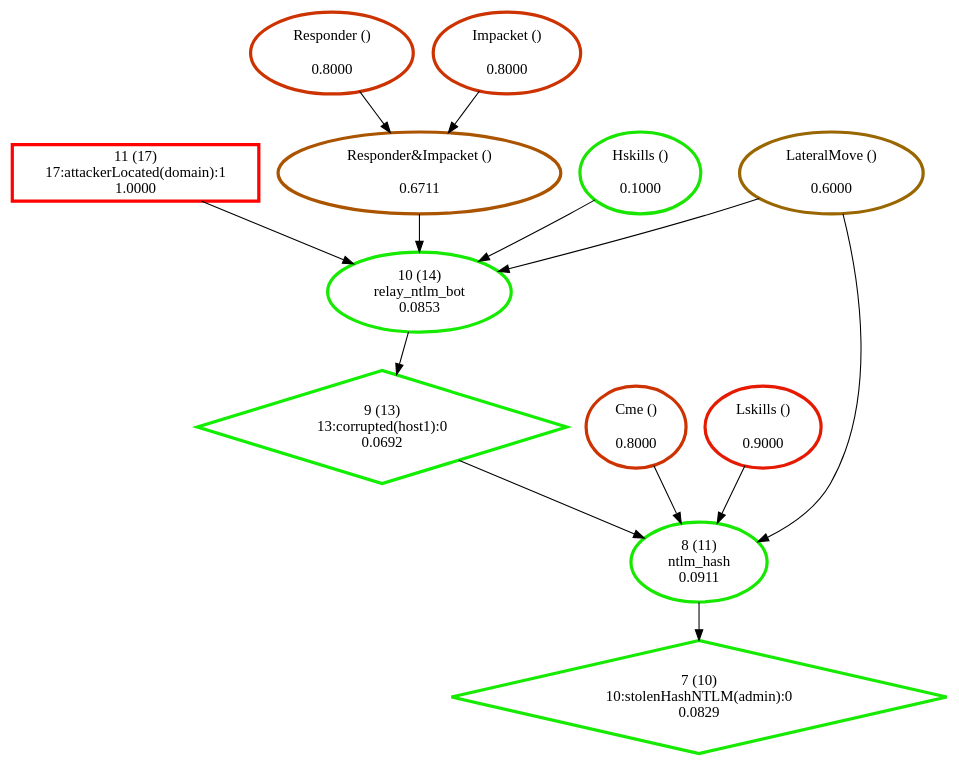
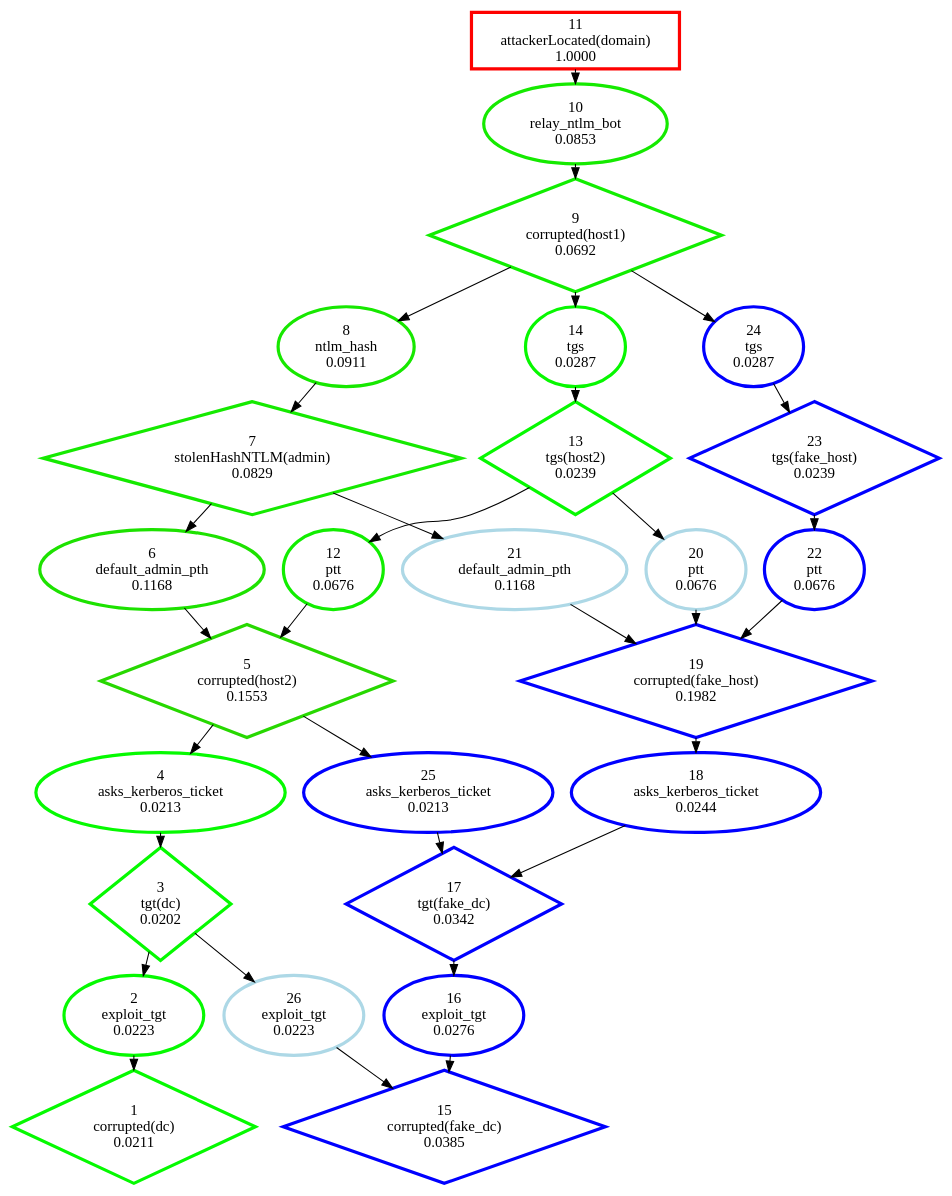
One commit to NathanaeldeLaChesnais/attacker_profiling_for_BAG_with_honeypots changed the diagram in Personnal_simulations/output_HighLevel/strongly_connected_components/classic.dot. Above: the diagram before and after it, drawn with Graphviz. The commit also changed 59 other files, not shown here.

```diff
--- a/Personnal_simulations/output_HighLevel/strongly_connected_components/classic.dot
+++ b/Personnal_simulations/output_HighLevel/strongly_connected_components/classic.dot
@@ -1,26 +1,59 @@
 digraph G {
-  "11" [label="11 (17)\n17:attackerLocated(domain):1\n1.0000", color="#FE0100", penwidth=3, shape="box"];
-  "10" [label="10 (14)\nrelay_ntlm_bot\n0.0853", color="#15EA00", penwidth=3, shape="ellipse"];
-  "9" [label="9 (13)\n13:corrupted(host1):0\n0.0692", color="#11EE00", penwidth=3, shape="diamond"];
-  "8" [label="8 (11)\nntlm_hash\n0.0911", color="#17E800", penwidth=3, shape="ellipse"];
-  "7" [label="7 (10)\n10:stolenHashNTLM(admin):0\n0.0829", color="#15EA00", penwidth=3, shape="diamond"];
-  "Cme" [label="Cme ()\n\n0.8000", color="#CC3300", penwidth=3, shape=""];
-  "Lskills" [label="Lskills ()\n\n0.9000", color="#E51A00", penwidth=3, shape=""];
-  "LateralMove" [label="LateralMove ()\n\n0.6000", color="#996600", penwidth=3, shape=""];
-  "Responder&Impacket" [label="Responder&Impacket ()\n\n0.6711", color="#AB5400", penwidth=3, shape=""];
-  "Responder" [label="Responder ()\n\n0.8000", color="#CC3300", penwidth=3, shape=""];
-  "Impacket" [label="Impacket ()\n\n0.8000", color="#CC3300", penwidth=3, shape=""];
-  "Hskills" [label="Hskills ()\n\n0.1000", color="#19E600", penwidth=3, shape=""];
+ranksep=0.2;
+  "1" [label="1\ncorrupted(dc)\n0.0211", color="#05FA00", penwidth=3, shape="diamond"];
+  "2" [label="2\nexploit_tgt\n0.0223", color="#05FA00", penwidth=3, shape="ellipse"];
+  "3" [label="3\ntgt(dc)\n0.0202", color="#05FA00", penwidth=3, shape="diamond"];
+  "4" [label="4\nasks_kerberos_ticket\n0.0213", color="#05FA00", penwidth=3, shape="ellipse"];
+  "5" [label="5\ncorrupted(host2)\n0.1553", color="#27D800", penwidth=3, shape="diamond"];
+  "6" [label="6\ndefault_admin_pth\n0.1168", color="#1DE200", penwidth=3, shape="ellipse"];
+  "7" [label="7\nstolenHashNTLM(admin)\n0.0829", color="#15EA00", penwidth=3, shape="diamond"];
+  "8" [label="8\nntlm_hash\n0.0911", color="#17E800", penwidth=3, shape="ellipse"];
+  "9" [label="9\ncorrupted(host1)\n0.0692", color="#11EE00", penwidth=3, shape="diamond"];
+  "10" [label="10\nrelay_ntlm_bot\n0.0853", color="#15EA00", penwidth=3, shape="ellipse"];
+  "11" [label="11\nattackerLocated(domain)\n1.0000", color="#FE0100", penwidth=3, shape="box"];
+  "12" [label="12\nptt\n0.0676", color="#11EE00", penwidth=3, shape="ellipse"];
+  "13" [label="13\ntgs(host2)\n0.0239", color="#06F900", penwidth=3, shape="diamond"];
+  "14" [label="14\ntgs\n0.0287", color="#07F800", penwidth=3, shape="ellipse"];
+  "15" [label="15\ncorrupted(fake_dc)\n0.0385", color="blue", penwidth=3, shape="diamond"];
+  "16" [label="16\nexploit_tgt\n0.0276", color="blue", penwidth=3, shape="ellipse"];
+  "17" [label="17\ntgt(fake_dc)\n0.0342", color="blue", penwidth=3, shape="diamond"];
+  "18" [label="18\nasks_kerberos_ticket\n0.0244", color="blue", penwidth=3, shape="ellipse"];
+  "19" [label="19\ncorrupted(fake_host)\n0.1982", color="blue", penwidth=3, shape="diamond"];
+  "20" [label="20\nptt\n0.0676", color="lightblue", penwidth=3, shape="ellipse"];
+  "21" [label="21\ndefault_admin_pth\n0.1168", color="lightblue", penwidth=3, shape="ellipse"];
+  "22" [label="22\nptt\n0.0676", color="blue", penwidth=3, shape="ellipse"];
+  "23" [label="23\ntgs(fake_host)\n0.0239", color="blue", penwidth=3, shape="diamond"];
+  "24" [label="24\ntgs\n0.0287", color="blue", penwidth=3, shape="ellipse"];
+  "25" [label="25\nasks_kerberos_ticket\n0.0213", color="blue", penwidth=3, shape="ellipse"];
+  "26" [label="26\nexploit_tgt\n0.0223", color="lightblue", penwidth=3, shape="ellipse"];
   "11" -> "10";
   "10" -> "9";
   "9" -> "8";
+  "9" -> "14";
+  "9" -> "24";
   "8" -> "7";
-  "Cme" -> "8";
-  "Lskills" -> "8";
-  "LateralMove" -> "8";
-  "LateralMove" -> "10";
-  "Responder&Impacket" -> "10";
-  "Responder" -> "Responder&Impacket";
-  "Impacket" -> "Responder&Impacket";
-  "Hskills" -> "10";
+  "7" -> "6";
+  "7" -> "21";
+  "6" -> "5";
+  "5" -> "4";
+  "5" -> "25";
+  "14" -> "13";
+  "13" -> "12";
+  "13" -> "20";
+  "12" -> "5";
+  "4" -> "3";
+  "3" -> "2";
+  "3" -> "26";
+  "2" -> "1";
+  "20" -> "19";
+  "19" -> "18";
+  "21" -> "19";
+  "24" -> "23";
+  "23" -> "22";
+  "22" -> "19";
+  "18" -> "17";
+  "17" -> "16";
+  "25" -> "17";
+  "16" -> "15";
+  "26" -> "15";
 }
```
